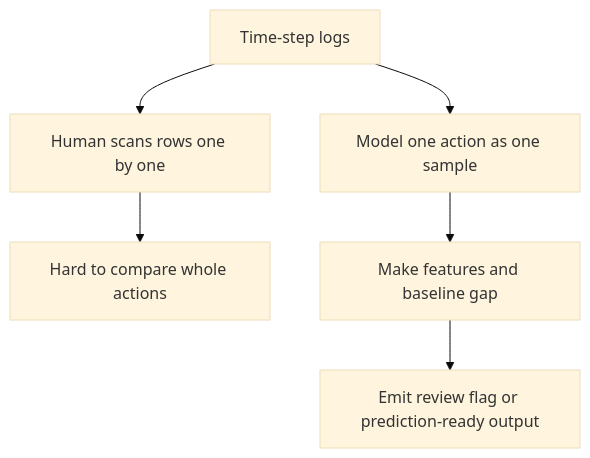
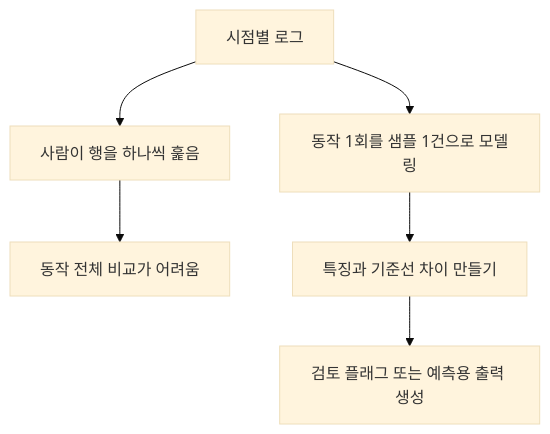
Before and after one commit to devchan64/AiBook: the second of 2 diagrams in docs/parts/part-03/chapter-01/section-01.md, drawn with Mermaid (base theme). The commit also changed other lines of this file and 45 other files, not shown here.

Commit message:
docs: localize part 3 mermaid diagrams

````diff
--- a/docs/parts/part-03/chapter-01/section-01.md
+++ b/docs/parts/part-03/chapter-01/section-01.md
@@ -93,8 +93,8 @@
 ```mermaid
 flowchart TD
-  A["Time-step logs"] --> B["Human scans rows one by one"]
-  B --> C["Hard to compare whole actions"]
-  A --> D["Model one action as one sample"]
-  D --> E["Make features and baseline gap"]
-  E --> F["Emit review flag or prediction-ready output"]
+  A["시점별 로그"] --> B["사람이 행을 하나씩 훑음"]
+  B --> C["동작 전체 비교가 어려움"]
+  A --> D["동작 1회를 샘플 1건으로 모델링"]
+  D --> E["특징과 기준선 차이 만들기"]
+  E --> F["검토 플래그 또는 예측용 출력 생성"]
 ```
````
